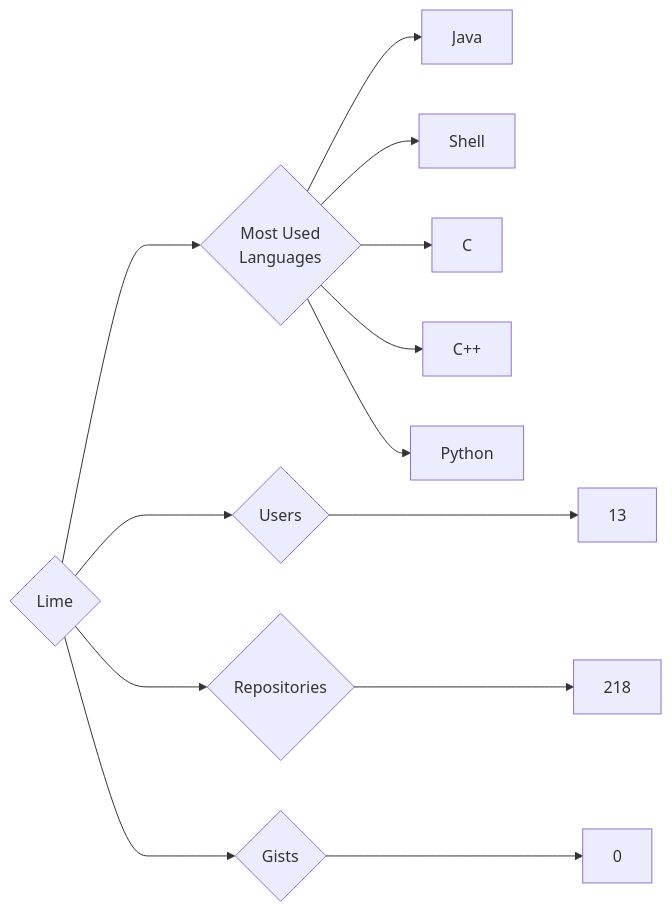
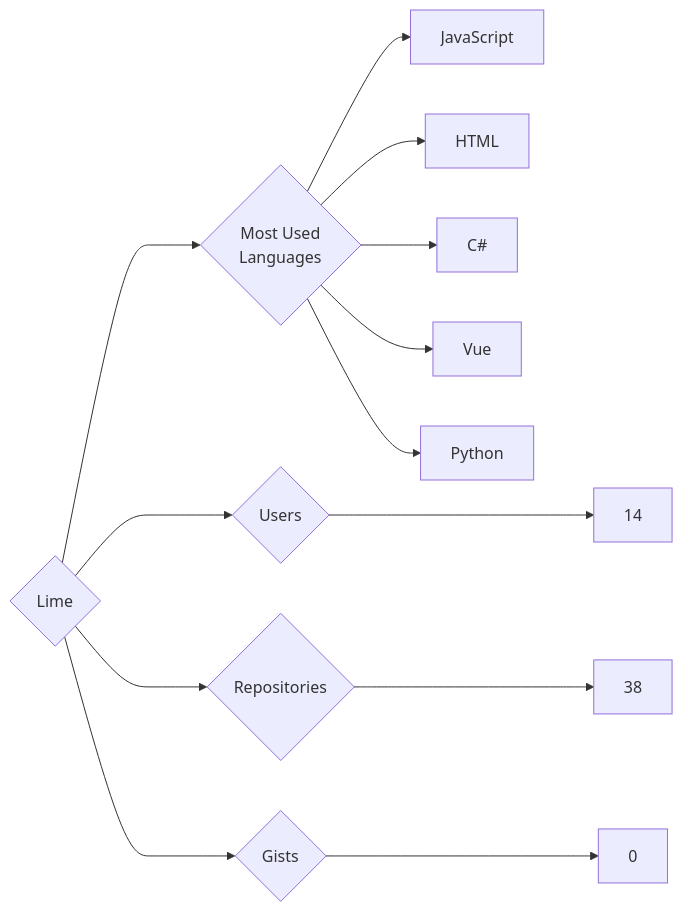
One commit to trickest/insiders changed the diagram in targets/Lime/README.md. Above: the diagram before and after it, drawn with Mermaid. The commit also changed 951 other files, not shown here.

````diff
--- a/targets/Lime/README.md
+++ b/targets/Lime/README.md
@@ -3,13 +3,13 @@
 ```mermaid
 graph LR
 COMPANY_NAME{Lime}
-COMPANY_NAME ---> U{Users} ---> UN[13]
-COMPANY_NAME ---> R{Repositories} ---> RN[218]
+COMPANY_NAME ---> U{Users} ---> UN[14]
+COMPANY_NAME ---> R{Repositories} ---> RN[38]
 COMPANY_NAME ---> G{Gists} ---> GN[0]
 COMPANY_NAME ---> ML{Most Used<br>Languages}
-ML --> Java
-ML --> Shell
-ML --> C
-ML --> C++
-ML --> Python
+ML --> JavaScript[JavaScript]
+ML --> HTML[HTML]
+ML --> C#[C#]
+ML --> Vue[Vue]
+ML --> Python[Python]
 ```
````
